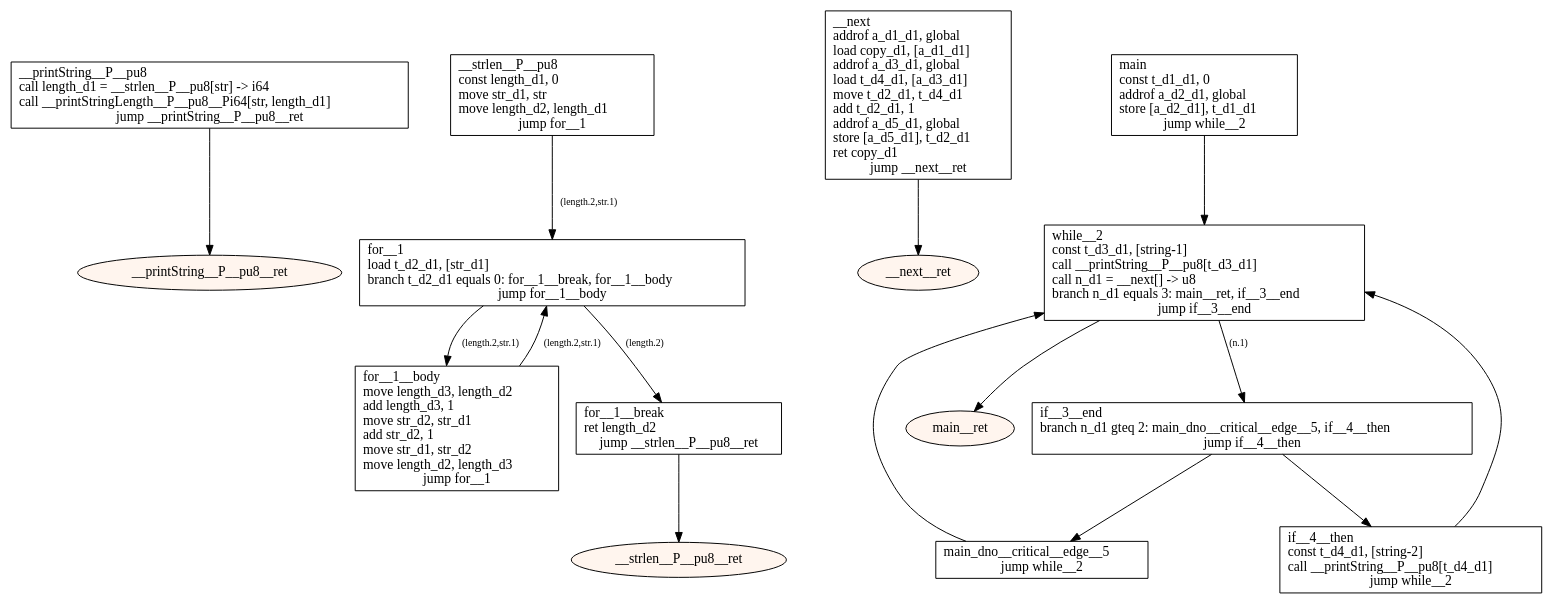
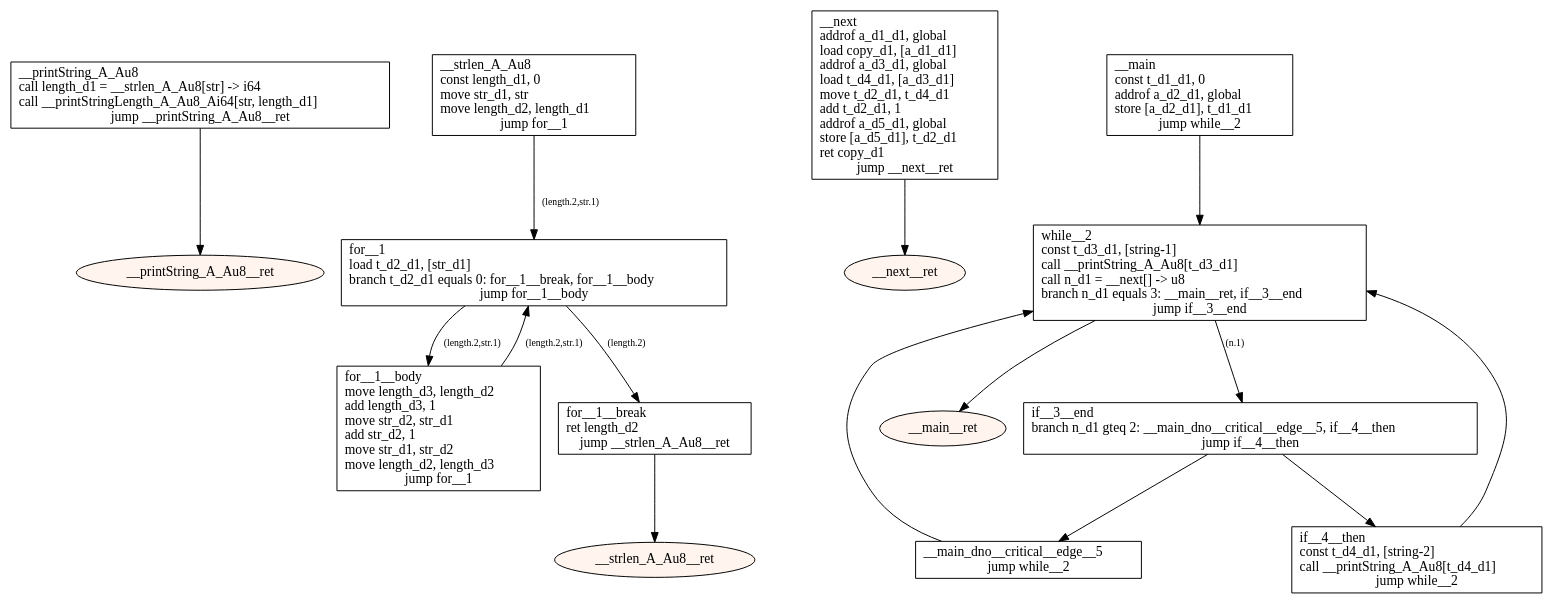
Before and after one commit to tmssngr/tinyC: the diagram in src/main/resources-test/compiler/linux/global vars2.dot, drawn with Graphviz. The commit also changed 19 other files, not shown here.

```diff
--- a/src/main/resources-test/compiler/linux/global vars2.dot
+++ b/src/main/resources-test/compiler/linux/global vars2.dot
@@ -1,40 +1,40 @@
 digraph program {
 	edge[fontsize="10pt"];
-	subgraph fn___printString__P__pu8 {
-		BasicBlock_0___printString__P__pu8 [label="__printString__P__pu8\lcall length_d1 = __strlen__P__pu8[str] -> i64\lcall __printStringLength__P__pu8__Pi64[str, length_d1]\ljump __printString__P__pu8__ret",shape=box];
-		BasicBlock_0___printString__P__pu8 -> BasicBlock_0___printString__P__pu8__ret;
-		BasicBlock_0___printString__P__pu8__ret [label="__printString__P__pu8__ret",shape=oval,style=filled,fillcolor="#fff5ee"];
+	subgraph fn___printString_A_Au8 {
+		BasicBlock_0___printString_A_Au8 [label="__printString_A_Au8\lcall length_d1 = __strlen_A_Au8[str] -> i64\lcall __printStringLength_A_Au8_Ai64[str, length_d1]\ljump __printString_A_Au8__ret",shape=box];
+		BasicBlock_0___printString_A_Au8 -> BasicBlock_0___printString_A_Au8__ret;
+		BasicBlock_0___printString_A_Au8__ret [label="__printString_A_Au8__ret",shape=oval,style=filled,fillcolor="#fff5ee"];
 	}
-	subgraph fn___strlen__P__pu8 {
-		BasicBlock_1___strlen__P__pu8 [label="__strlen__P__pu8\lconst length_d1, 0\lmove str_d1, str\lmove length_d2, length_d1\ljump for__1",shape=box];
-		BasicBlock_1___strlen__P__pu8 -> BasicBlock_1_for__1 [label="(length.2,str.1)"];
+	subgraph fn___strlen_A_Au8 {
+		BasicBlock_1___strlen_A_Au8 [label="__strlen_A_Au8\lconst length_d1, 0\lmove str_d1, str\lmove length_d2, length_d1\ljump for__1",shape=box];
+		BasicBlock_1___strlen_A_Au8 -> BasicBlock_1_for__1 [label="(length.2,str.1)"];
 		BasicBlock_1_for__1__body [label="for__1__body\lmove length_d3, length_d2\ladd length_d3, 1\lmove str_d2, str_d1\ladd str_d2, 1\lmove str_d1, str_d2\lmove length_d2, length_d3\ljump for__1",shape=box];
 		BasicBlock_1_for__1__body -> BasicBlock_1_for__1 [label="(length.2,str.1)"];
 		BasicBlock_1_for__1 [label="for__1\lload t_d2_d1, [str_d1]\lbranch t_d2_d1 equals 0: for__1__break, for__1__body\ljump for__1__body",shape=box];
 		BasicBlock_1_for__1 -> BasicBlock_1_for__1__break [label="(length.2)"];
 		BasicBlock_1_for__1 -> BasicBlock_1_for__1__body [label="(length.2,str.1)"];
-		BasicBlock_1_for__1__break [label="for__1__break\lret length_d2\ljump __strlen__P__pu8__ret",shape=box];
-		BasicBlock_1_for__1__break -> BasicBlock_1___strlen__P__pu8__ret;
-		BasicBlock_1___strlen__P__pu8__ret [label="__strlen__P__pu8__ret",shape=oval,style=filled,fillcolor="#fff5ee"];
+		BasicBlock_1_for__1__break [label="for__1__break\lret length_d2\ljump __strlen_A_Au8__ret",shape=box];
+		BasicBlock_1_for__1__break -> BasicBlock_1___strlen_A_Au8__ret;
+		BasicBlock_1___strlen_A_Au8__ret [label="__strlen_A_Au8__ret",shape=oval,style=filled,fillcolor="#fff5ee"];
 	}
 	subgraph fn___next {
 		BasicBlock_2___next [label="__next\laddrof a_d1_d1, global\lload copy_d1, [a_d1_d1]\laddrof a_d3_d1, global\lload t_d4_d1, [a_d3_d1]\lmove t_d2_d1, t_d4_d1\ladd t_d2_d1, 1\laddrof a_d5_d1, global\lstore [a_d5_d1], t_d2_d1\lret copy_d1\ljump __next__ret",shape=box];
 		BasicBlock_2___next -> BasicBlock_2___next__ret;
 		BasicBlock_2___next__ret [label="__next__ret",shape=oval,style=filled,fillcolor="#fff5ee"];
 	}
-	subgraph fn_main {
-		BasicBlock_3_main [label="main\lconst t_d1_d1, 0\laddrof a_d2_d1, global\lstore [a_d2_d1], t_d1_d1\ljump while__2",shape=box];
-		BasicBlock_3_main -> BasicBlock_3_while__2;
-		BasicBlock_3_if__3__end [label="if__3__end\lbranch n_d1 gteq 2: main_dno__critical__edge__5, if__4__then\ljump if__4__then",shape=box];
-		BasicBlock_3_if__3__end -> BasicBlock_3_main_dno__critical__edge__5;
+	subgraph fn___main {
+		BasicBlock_3___main [label="__main\lconst t_d1_d1, 0\laddrof a_d2_d1, global\lstore [a_d2_d1], t_d1_d1\ljump while__2",shape=box];
+		BasicBlock_3___main -> BasicBlock_3_while__2;
+		BasicBlock_3_if__3__end [label="if__3__end\lbranch n_d1 gteq 2: __main_dno__critical__edge__5, if__4__then\ljump if__4__then",shape=box];
+		BasicBlock_3_if__3__end -> BasicBlock_3___main_dno__critical__edge__5;
 		BasicBlock_3_if__3__end -> BasicBlock_3_if__4__then;
-		BasicBlock_3_main_dno__critical__edge__5 [label="main_dno__critical__edge__5\ljump while__2",shape=box];
-		BasicBlock_3_main_dno__critical__edge__5 -> BasicBlock_3_while__2;
-		BasicBlock_3_if__4__then [label="if__4__then\lconst t_d4_d1, [string-2]\lcall __printString__P__pu8[t_d4_d1]\ljump while__2",shape=box];
+		BasicBlock_3___main_dno__critical__edge__5 [label="__main_dno__critical__edge__5\ljump while__2",shape=box];
+		BasicBlock_3___main_dno__critical__edge__5 -> BasicBlock_3_while__2;
+		BasicBlock_3_if__4__then [label="if__4__then\lconst t_d4_d1, [string-2]\lcall __printString_A_Au8[t_d4_d1]\ljump while__2",shape=box];
 		BasicBlock_3_if__4__then -> BasicBlock_3_while__2;
-		BasicBlock_3_while__2 [label="while__2\lconst t_d3_d1, [string-1]\lcall __printString__P__pu8[t_d3_d1]\lcall n_d1 = __next[] -> u8\lbranch n_d1 equals 3: main__ret, if__3__end\ljump if__3__end",shape=box];
-		BasicBlock_3_while__2 -> BasicBlock_3_main__ret;
+		BasicBlock_3_while__2 [label="while__2\lconst t_d3_d1, [string-1]\lcall __printString_A_Au8[t_d3_d1]\lcall n_d1 = __next[] -> u8\lbranch n_d1 equals 3: __main__ret, if__3__end\ljump if__3__end",shape=box];
+		BasicBlock_3_while__2 -> BasicBlock_3___main__ret;
 		BasicBlock_3_while__2 -> BasicBlock_3_if__3__end [label="(n.1)"];
-		BasicBlock_3_main__ret [label="main__ret",shape=oval,style=filled,fillcolor="#fff5ee"];
+		BasicBlock_3___main__ret [label="__main__ret",shape=oval,style=filled,fillcolor="#fff5ee"];
 	}
 }
```
